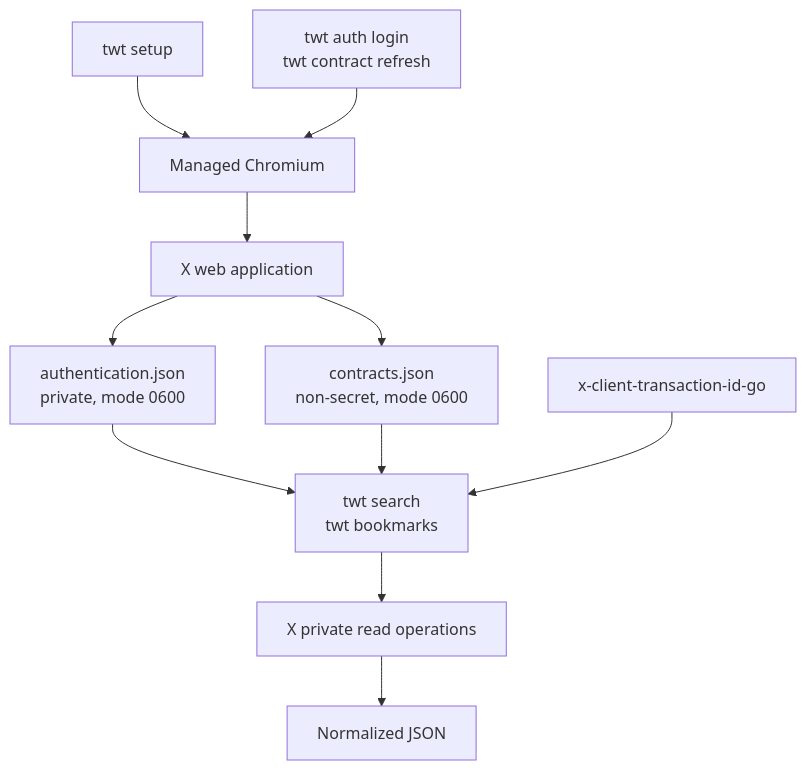
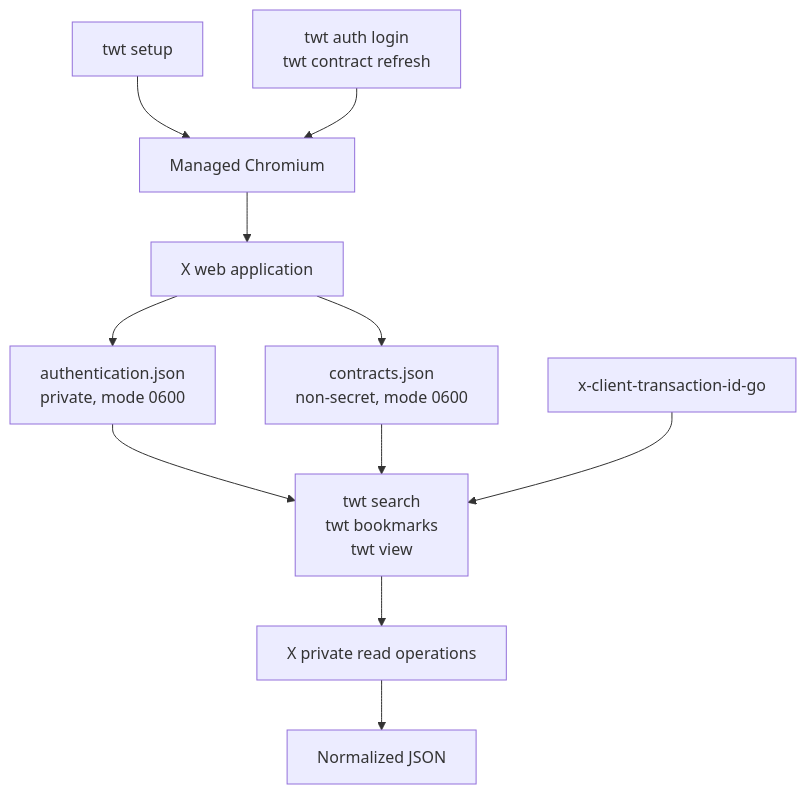
Before and after one commit to ach968/x-twitter-cli: the diagram in README.md, drawn with Mermaid. The commit also changed other lines of this file and 30 other files, not shown here.

````diff
--- a/README.md
+++ b/README.md
@@ -201,13 +202,13 @@
 ```mermaid
 flowchart TD
     Setup["twt setup"] --> Chromium["Managed Chromium"]
     Auth["twt auth login<br/>twt contract refresh"] --> Chromium
     Chromium --> Web["X web application"]
     Web --> Credentials["authentication.json<br/>private, mode 0600"]
     Web --> Contracts["contracts.json<br/>non-secret, mode 0600"]
-    Credentials --> Commands["twt search<br/>twt bookmarks"]
+    Credentials --> Commands["twt search<br/>twt bookmarks<br/>twt view"]
     Contracts --> Commands
     TransactionIDs["x-client-transaction-id-go"] --> Commands
     Commands --> Reads["X private read operations"]
     Reads --> Output["Normalized JSON"]
 ```
````
